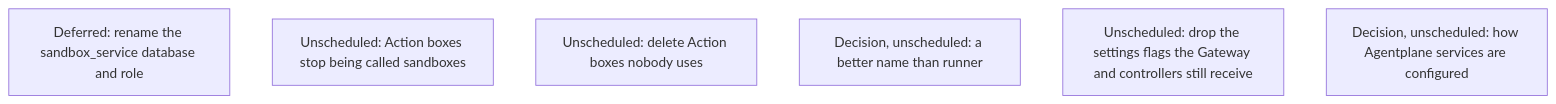
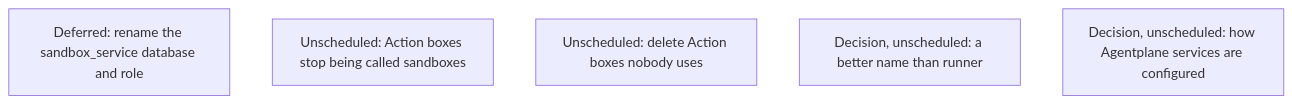
One commit to agentydragon-agent/ducktape changed diagram 12 of 17 in agentplane/plans/task_dag.md. Above: the diagram before and after it, drawn with Mermaid. The commit also changed other lines of this file and 8 other files, not shown here.

````diff
--- a/agentplane/plans/task_dag.md
+++ b/agentplane/plans/task_dag.md
@@ -1638,9 +1638,8 @@
 ```mermaid
 flowchart TD
     HISTORY_DATABASE_RENAME[Deferred: rename the sandbox_service database and role]
     ACTION_BOX_RENAME[Unscheduled: Action boxes stop being called sandboxes]
     ACTION_BOX_IDLE_REAPER[Unscheduled: delete Action boxes nobody uses]
     RUNNER_RENAME[Decision, unscheduled: a better name than runner]
-    GO_SERVICES_DROP_SETTINGS_FLAGS[Unscheduled: drop the settings flags the Gateway and controllers still receive]
     SERVICE_SETTINGS_RETHINK[Decision, unscheduled: how Agentplane services are configured]
 ```
````
